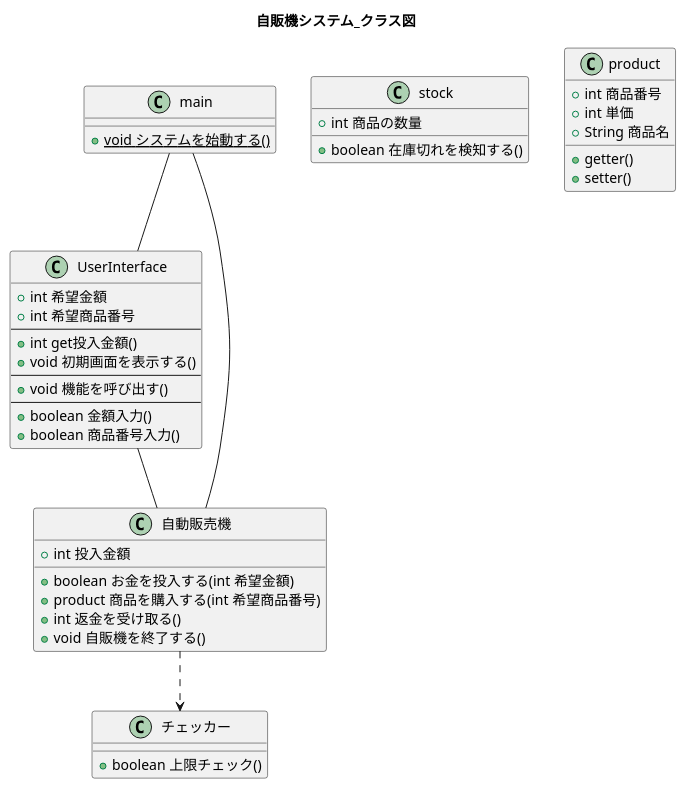
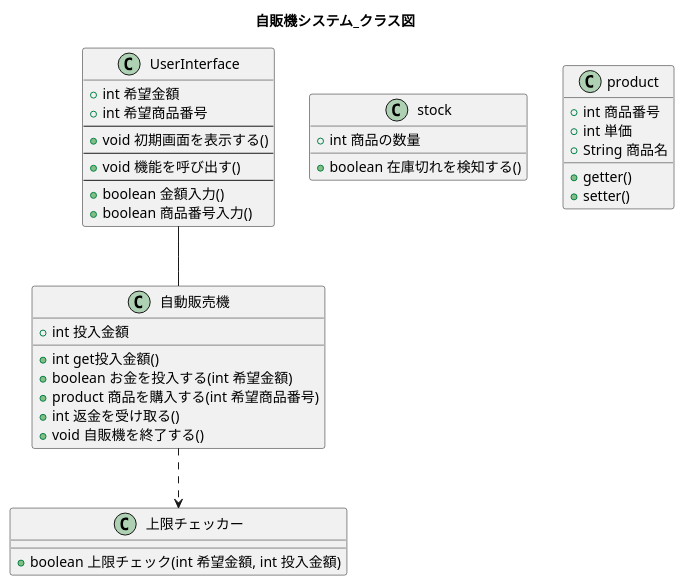
Before and after one commit to W-Nakayama-24/VendingMachine_CUI: the diagram in UML_class_sequence/VendingMachine_classDiag.puml, drawn with PlantUML. The commit also changed 3 other files, not shown here.

First line of the commit message:
FIX classDiag and sequence01

```diff
--- a/UML_class_sequence/VendingMachine_classDiag.puml
+++ b/UML_class_sequence/VendingMachine_classDiag.puml
@@ -1,66 +1,60 @@
 @startuml
 title 自販機システム_クラス図
 
-main -- UserInterface
-main -- 自動販売機
+
 UserInterface -- 自動販売機
-自動販売機 ..> チェッカー
-
-
-class main {
-    +{static}void システムを始動する()
-} 
+自動販売機 ..> 上限チェッカー
 
 /'
 機能呼び出し - UserInterface
 1,2,3,9を入力させて機能を呼ぶなんてのはCUIならではなので、
 自販機の本質ではない。 自販機クラスから外へ出した
 '/
 class UserInterface {
     +int 希望金額
     +int 希望商品番号
     --
-    +int get投入金額()
     +void 初期画面を表示する()
     --
     +void 機能を呼び出す()
     --
     +boolean 金額入力()
     +boolean 商品番号入力() 
     /'
     1,2,3,9以外ならここでfalseを返し、エラーメッセージ00を表示
     '/
 }
 
 class 自動販売機 {
     +int 投入金額
+    +int get投入金額()
     +boolean お金を投入する(int 希望金額)
     +product 商品を購入する(int 希望商品番号)
     +int 返金を受け取る()
     +void 自販機を終了する()
 }
 
-class チェッカー{
-    +boolean 上限チェック()
+class 上限チェッカー{
+    +boolean 上限チェック(int 希望金額, int 投入金額)
 }
 
 
 
 class stock {
     /'
     ここに各商品の集合体が入っている感覚
     '/
     +int 商品の数量
     +boolean 在庫切れを検知する()
 }
 
 class product {
     +int 商品番号
     +int 単価
     +String 商品名
     +getter()
     +setter()
 }
 
 
 @enduml
```
